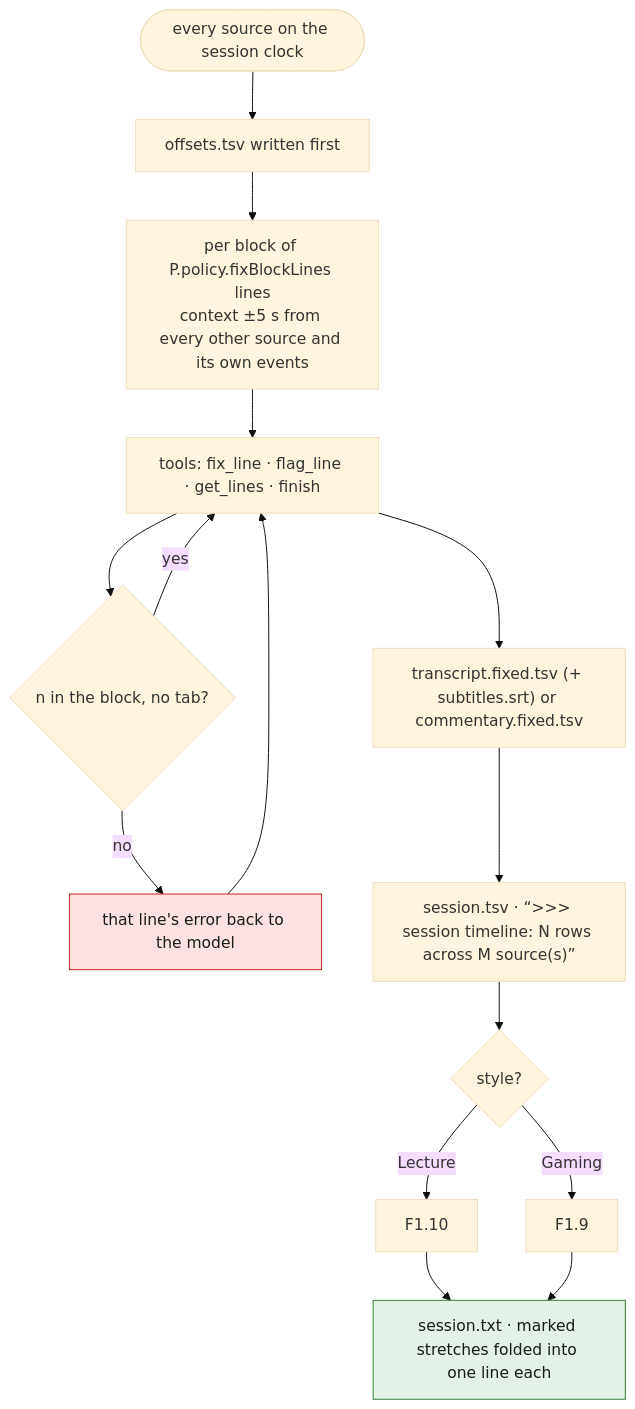
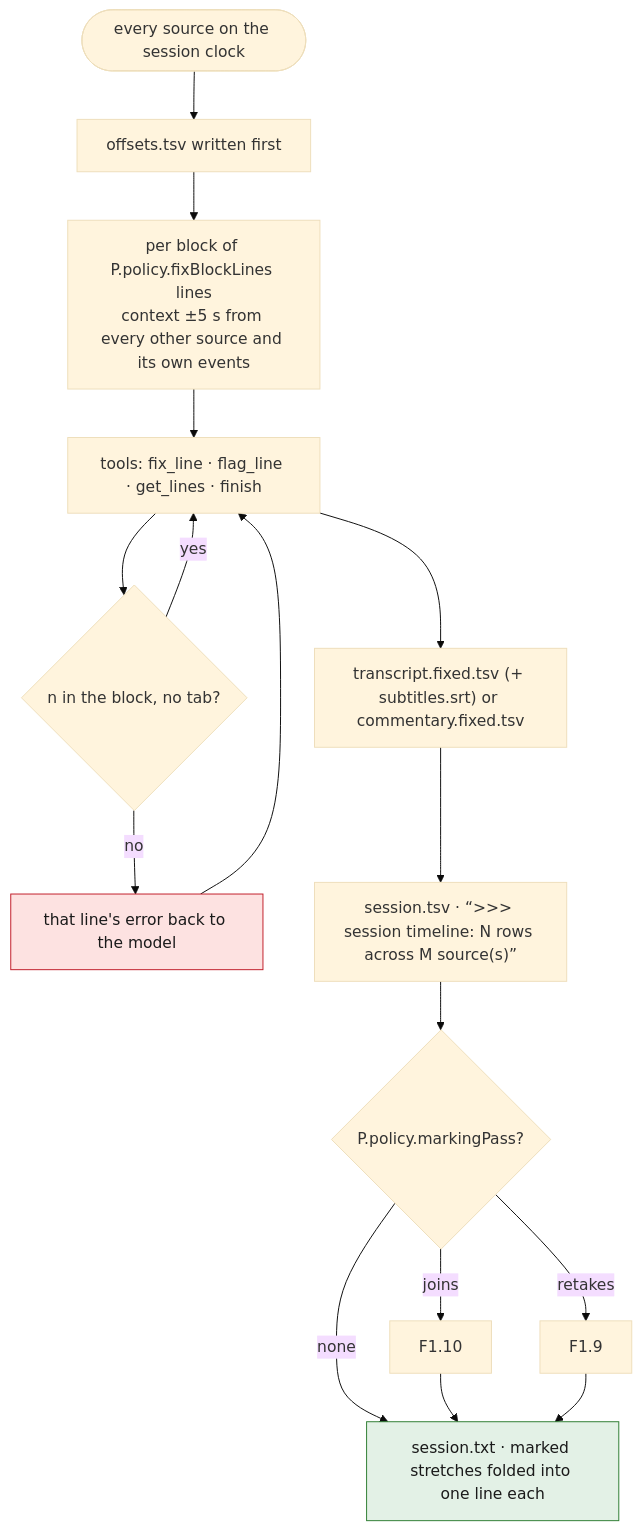
The eighth of 12 diagrams in spec/04-prepare.md (tbocek/naivepost), drawn with Mermaid (base theme) before and after one commit. The commit also changed other lines of this file and 24 other files, not shown here.

````diff
--- a/spec/04-prepare.md
+++ b/spec/04-prepare.md
@@ -231,20 +236,21 @@
 ```mermaid
 flowchart TD
   A(["every source on the session clock"]) --> OFF["offsets.tsv written first"]
   OFF --> BL["per block of P.policy.fixBlockLines lines<br/>context ±5 s from every other source and its own events"]
   BL --> T["tools: fix_line · flag_line · get_lines · finish"]
   T --> V{"n in the block, no tab?"}
   V -- no --> ERR["that line's error back to the model"]:::refuse
   ERR --> T
   V -- yes --> T
   T --> OUT["transcript.fixed.tsv (+ subtitles.srt) or commentary.fixed.tsv"]
   OUT --> SS["session.tsv · “>>> session timeline: N rows across M source(s)”"]
-  SS --> MK{"style?"}
-  MK -- Lecture --> J["F1.10"]
-  MK -- Gaming --> RT["F1.9"]
+  SS --> MK{"P.policy.markingPass?"}
+  MK -- joins --> J["F1.10"]
+  MK -- retakes --> RT["F1.9"]
+  MK -- none --> TXT
   J --> TXT
   RT --> TXT["session.txt · marked stretches folded into one line each"]:::done
   classDef refuse fill:#fde2e1,stroke:#c01c28,color:#1a1a1a
   classDef done fill:#e3f1e6,stroke:#2e7d32,color:#1a1a1a
   classDef ask fill:#e8eefc,stroke:#3a63c8,color:#1a1a1a
 ```
````
